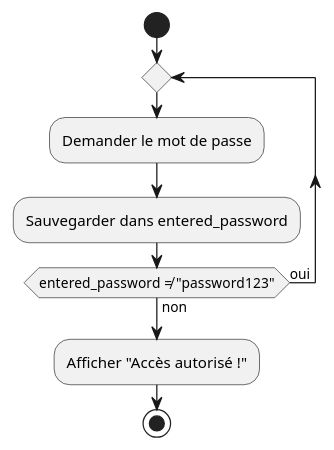
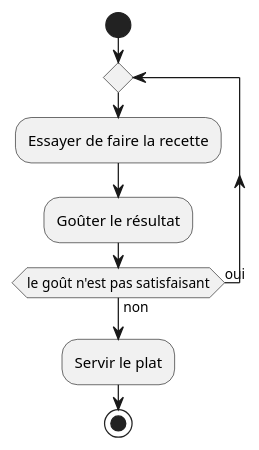
The seventh of 7 diagrams in 02.01-sequence-selection-iteration/01-supports-de-cours/README.md (HEIG-VD-Prog-Course/HEIG-VD-ProgIM-Course), drawn with PlantUML before and after one commit. The commit also changed other lines of this file and 1 other file, not shown here.

Commit message:
Refactor exercises in sequence, selection, and iteration section: (#15)

````diff
--- a/02.01-sequence-selection-iteration/01-supports-de-cours/README.md
+++ b/02.01-sequence-selection-iteration/01-supports-de-cours/README.md
@@ -836,11 +790,11 @@
 ```plantuml
 @startuml
 start
 repeat
-    :Demander le mot de passe;
-    :Sauvegarder dans entered_password;
-repeat while (entered_password ≠ "password123") is (oui) not (non)
-:Afficher "Accès autorisé !";
+    :Essayer de faire la recette;
+    :Goûter le résultat;
+repeat while (le goût n'est pas satisfaisant) is (oui) not (non)
+:Servir le plat;
 stop
 @enduml
 ```
````
